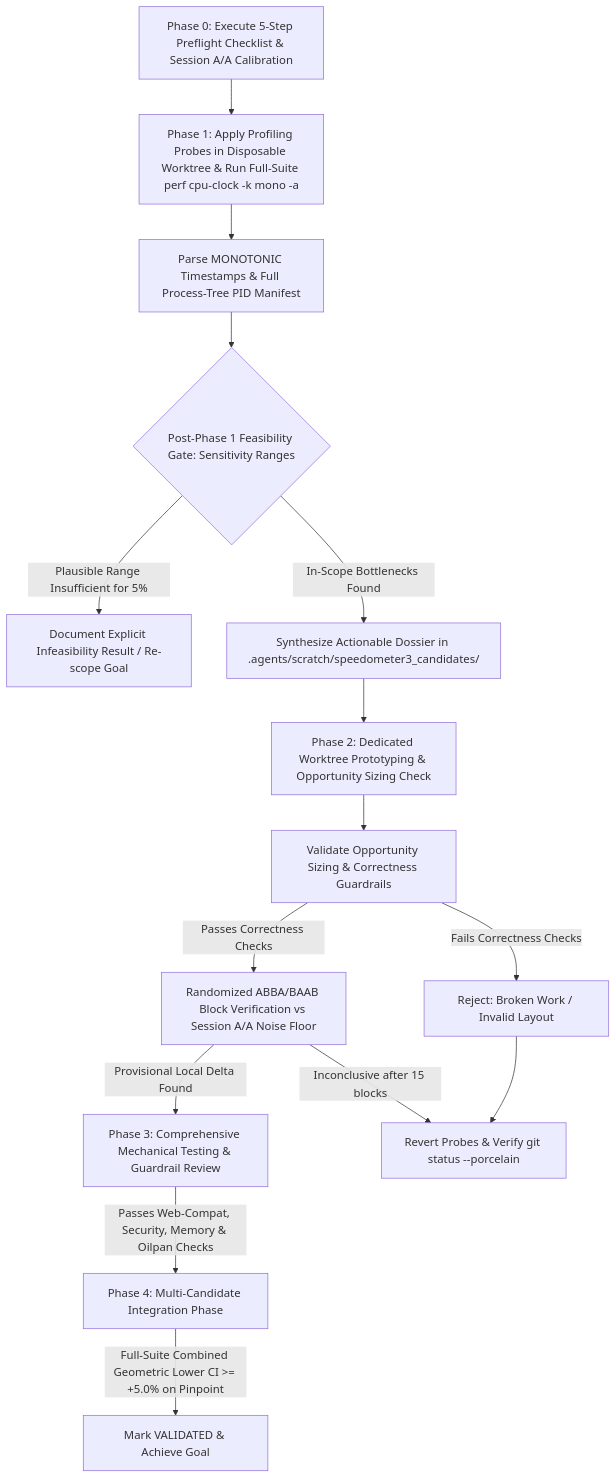
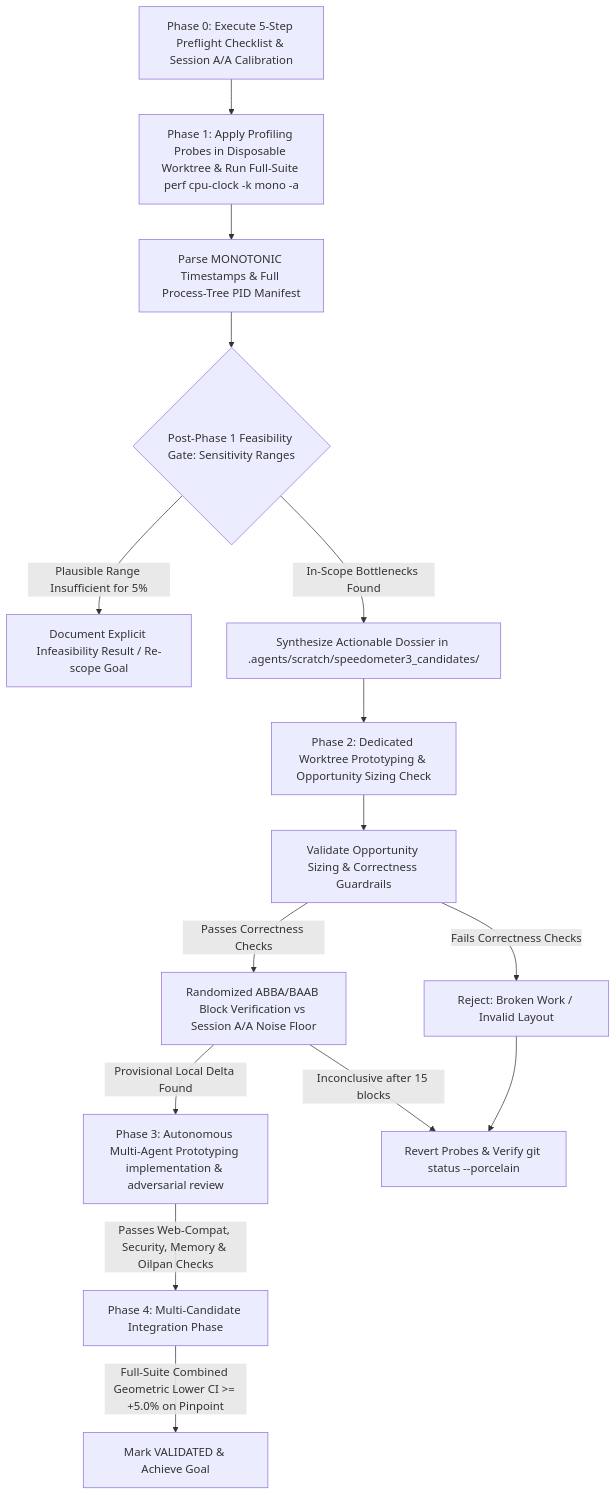
Before and after one commit to pmeenan/ai-skills: the diagram in optimize-speedometer/SKILL.md, drawn with Mermaid. The commit also changed other lines of this file, not shown here.

````diff
--- a/optimize-speedometer/SKILL.md
+++ b/optimize-speedometer/SKILL.md
@@ -72,17 +72,17 @@
 ```mermaid
 flowchart TD
     A[Phase 0: Execute 5-Step Preflight Checklist & Session A/A Calibration] --> B[Phase 1: Apply Profiling Probes in Disposable Worktree & Run Full-Suite perf cpu-clock -k mono -a]
     B --> C[Parse MONOTONIC Timestamps & Full Process-Tree PID Manifest]
     C --> D{Post-Phase 1 Feasibility Gate: Sensitivity Ranges}
     D -->|Plausible Range Insufficient for 5%| E[Document Explicit Infeasibility Result / Re-scope Goal]
     D -->|In-Scope Bottlenecks Found| F[Synthesize Actionable Dossier in .agents/scratch/speedometer3_candidates/]
     F --> G[Phase 2: Dedicated Worktree Prototyping & Opportunity Sizing Check]
     G --> H[Validate Opportunity Sizing & Correctness Guardrails]
     H -->|Fails Correctness Checks| I[Reject: Broken Work / Invalid Layout]
     H -->|Passes Correctness Checks| J[Randomized ABBA/BAAB Block Verification vs Session A/A Noise Floor]
-    J -->|Provisional Local Delta Found| K[Phase 3: Comprehensive Mechanical Testing & Guardrail Review]
+    J -->|Provisional Local Delta Found| K[Phase 3: Autonomous Multi-Agent Prototyping implementation & adversarial review]
     K -->|Passes Web-Compat, Security, Memory & Oilpan Checks| L[Phase 4: Multi-Candidate Integration Phase]
     L -->|Full-Suite Combined Geometric Lower CI >= +5.0% on Pinpoint| M[Mark VALIDATED & Achieve Goal]
     I --> N[Revert Probes & Verify git status --porcelain]
     J -->|Inconclusive after 15 blocks| N
 ```
````
